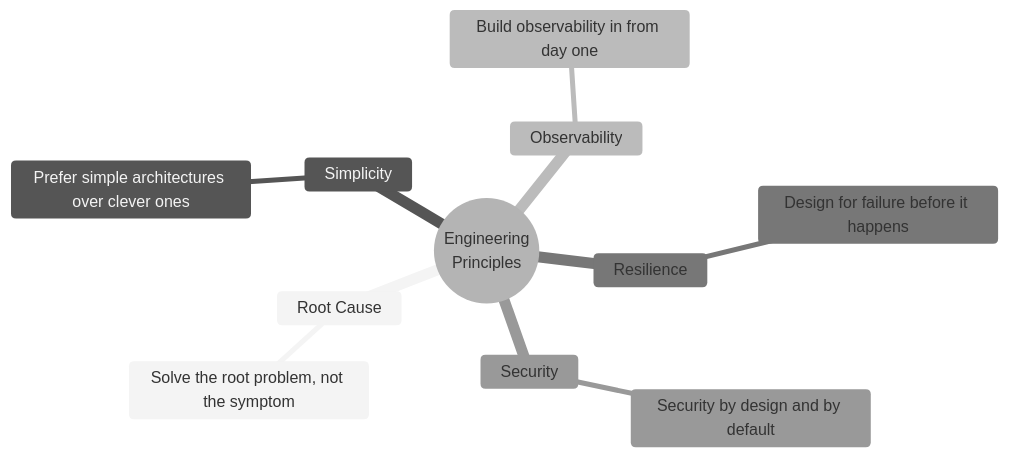
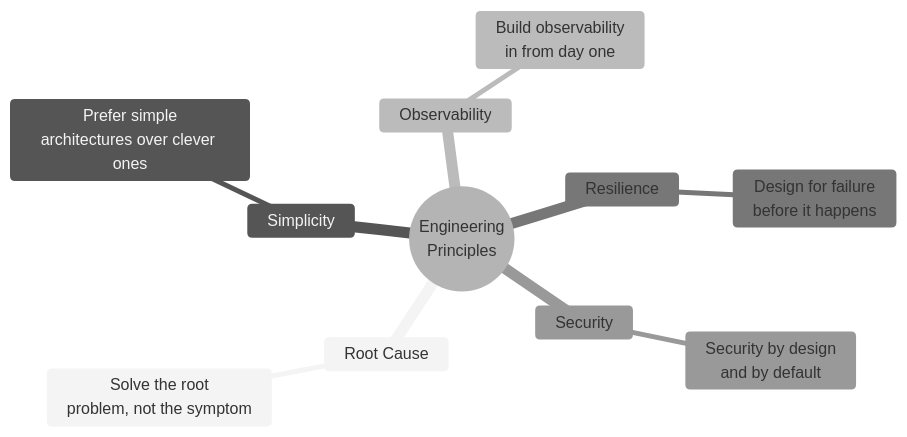
One commit to chrisJSeng/chrisJSeng changed the first of 2 diagrams in README.md. Above: the diagram before and after it, drawn with Mermaid (neutral theme). The commit also changed other lines of this file, not shown here.

Commit message:
docs: update README.md for improved formatting

````diff
--- a/README.md
+++ b/README.md
@@ -53,14 +53,14 @@
 ```mermaid
 mindmap
   root((Engineering<br/>Principles))
     Root Cause
-      Solve the root problem, not the symptom
+      Solve the root<br/>problem, not the symptom
     Simplicity
-      Prefer simple architectures over clever ones
+      Prefer simple<br/>architectures over clever ones
     Observability
-      Build observability in from day one
+      Build observability<br/>in from day one
     Resilience
-      Design for failure before it happens
+      Design for failure<br/>before it happens
     Security
-      Security by design and by default
+      Security by design<br/>and by default
 ```
````
